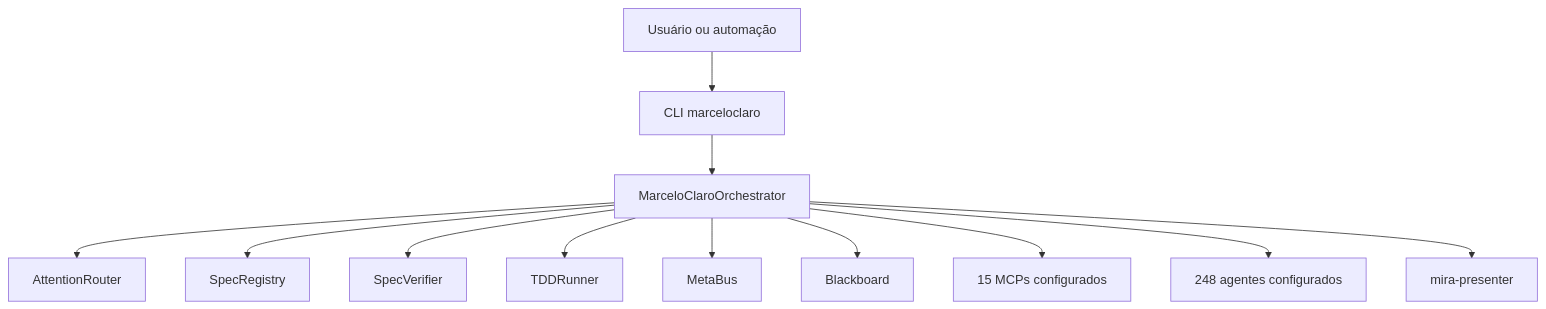
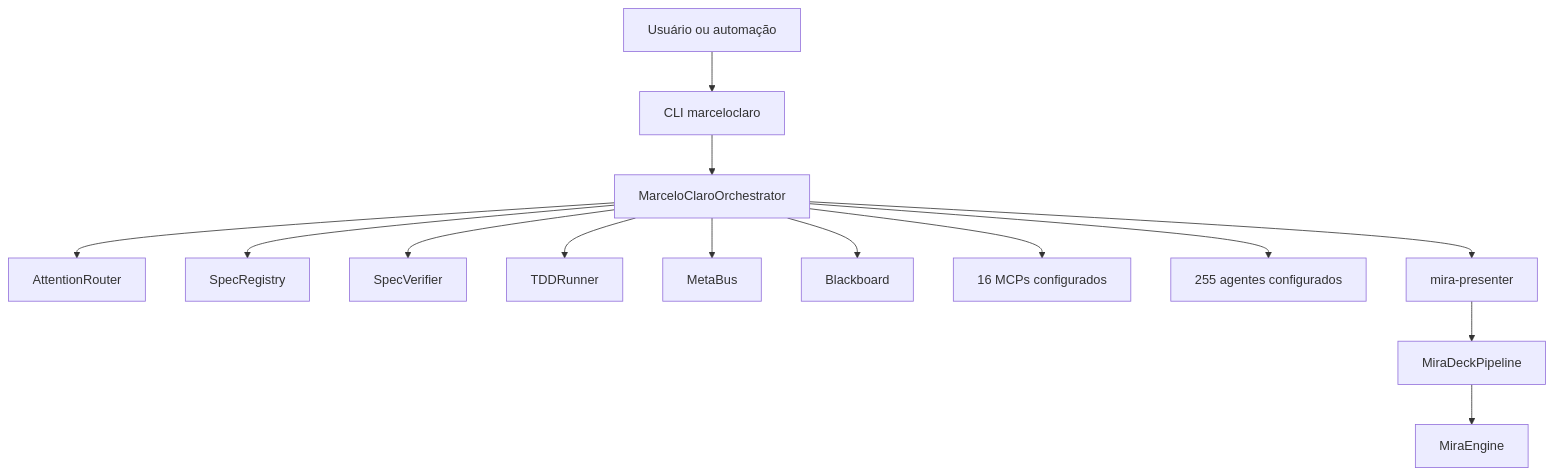
Before and after one commit to MarceloClaro/opencode-ecosystem-core: the second of 6 diagrams in README.md, drawn with Mermaid. The commit also changed other lines of this file and 500 other files, not shown here.

````diff
--- a/README.md
+++ b/README.md
@@ -207,14 +239,16 @@
 ```mermaid
 flowchart TB
     Usuario2[Usuário ou automação] --> CLI2[CLI marceloclaro]
     CLI2 --> Orq2[MarceloClaroOrchestrator]
     Orq2 --> Router[AttentionRouter]
     Orq2 --> SpecRegistry2[SpecRegistry]
     Orq2 --> SpecVerifier2[SpecVerifier]
     Orq2 --> TDDRunner2[TDDRunner]
     Orq2 --> MetaBus2[MetaBus]
     Orq2 --> Blackboard2[Blackboard]
-    Orq2 --> MCP2[15 MCPs configurados]
-    Orq2 --> Agents2[248 agentes configurados]
+    Orq2 --> MCP2[16 MCPs configurados]
+    Orq2 --> Agents2[255 agentes configurados]
     Orq2 --> Mira2[mira-presenter]
+    Mira2 --> Deck2[MiraDeckPipeline]
+    Deck2 --> Engine2[MiraEngine]
 ```
````
